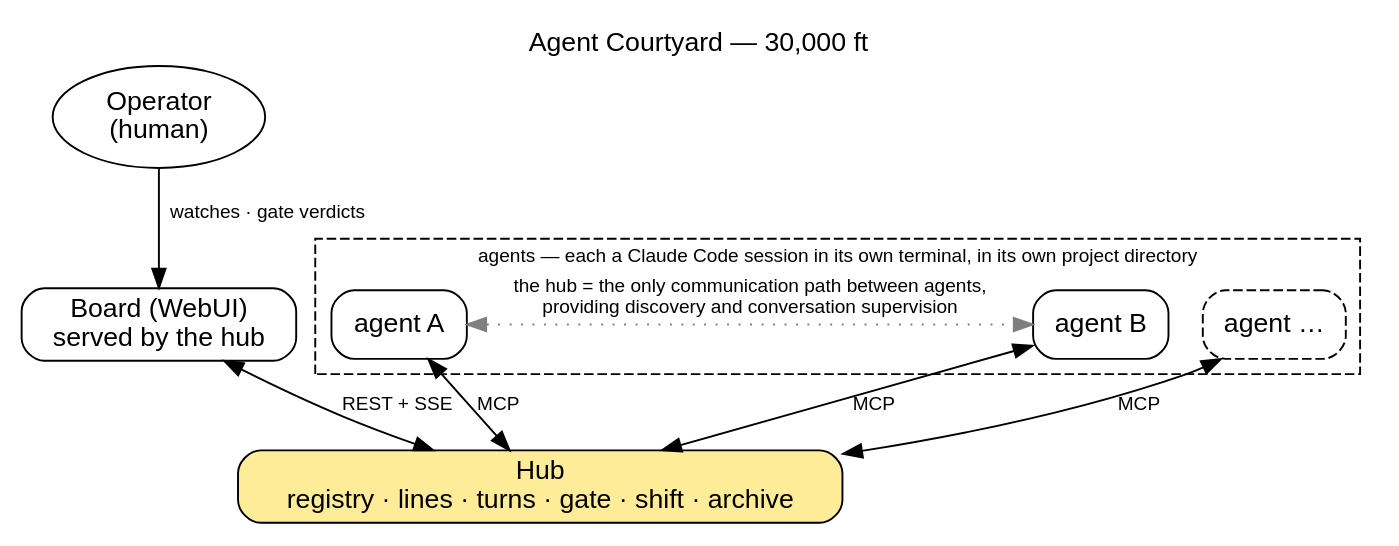
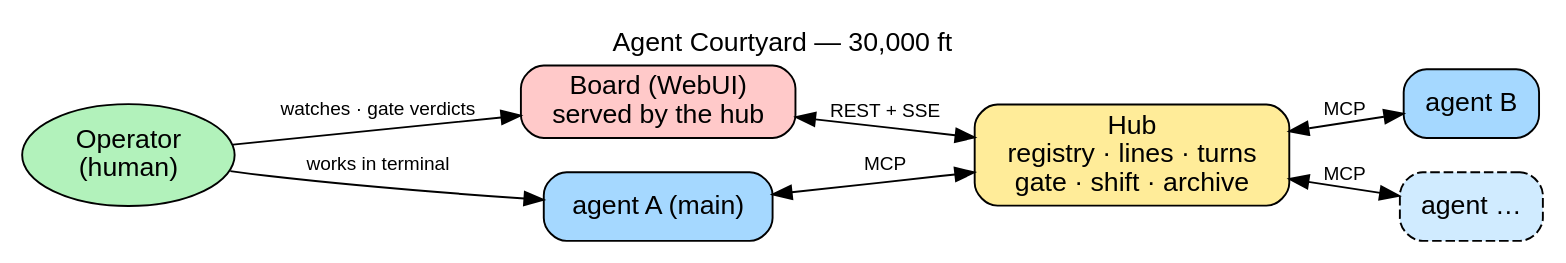
Before and after one commit to vkuusk/cbx-agent-courtyard: the diagram in docs/diagrams/courtyard-30k-view.dot, drawn with Graphviz. The commit also changed 4 other files, not shown here.

Commit message:
- update README goals-first intro (problem/value, terminal-first); 30k diagram: operator↔main-agent edge, LR spine layout.

```diff
--- a/docs/diagrams/courtyard-30k-view.dot
+++ b/docs/diagrams/courtyard-30k-view.dot
@@ -1,35 +1,36 @@
 // Agent Courtyard — 30,000 ft component view (discussion artifact).
-// Sister file: courtyard-30k-view.excalidraw (import at excalidraw.com for editing).
-// Render: dot -Tsvg courtyard-30k-view.dot -o courtyard-30k-view.svg
+// Source of truth for the picture: courtyard-30k-view.excalidraw (edited on
+// excalidraw.com); this DOT mirrors its layout for graph-based discussion.
+// Render: dot -Tsvg courtyard-30k-view.dot -o rendered.svg
+//
+// Legend (drawn as caption text in the excalidraw/PNG version):
+//   each agent = a Claude Code session in its own terminal, in its own project directory.
+//   the hub = the only communication path between agents providing discovery
+//             and conversation supervision.
 digraph courtyard_30k {
     label="Agent Courtyard — 30,000 ft";
     labelloc=t;
     fontname="Helvetica";
-    rankdir=TB;
+    rankdir=LR;
     node [fontname="Helvetica", shape=box, style=rounded];
     edge [fontname="Helvetica", fontsize=10];
 
-    operator [label="Operator\n(human)", shape=ellipse];
-    board    [label="Board (WebUI)\nserved by the hub"];
-    hub      [label="Hub\nregistry · lines · turns · gate · shift · archive",
+    // palette: green = the human · blue = agents · yellow = the hub · pink = the board
+    operator [label="Operator\n(human)", shape=ellipse, style=filled, fillcolor="#b2f2bb"];
+    board    [label="Board (WebUI)\nserved by the hub", style="rounded,filled", fillcolor="#ffc9c9"];
+    agent_a  [label="agent A (main)", style="rounded,filled", fillcolor="#a5d8ff"];
+    hub      [label="Hub\nregistry · lines · turns\ngate · shift · archive",
               style="rounded,filled", fillcolor="#ffec99"];
+    agent_b  [label="agent B", style="rounded,filled", fillcolor="#a5d8ff"];
+    agent_n  [label="agent …", style="rounded,dashed,filled", fillcolor="#d0ebff"];
 
-    subgraph cluster_agents {
-        label="agents — each a Claude Code session in its own terminal, in its own project directory";
-        fontsize=10;
-        style=dashed;
-        agent_a [label="agent A"];
-        agent_b [label="agent B"];
-        agent_n [label="agent …", style="rounded,dashed"];
-    }
+    // the spine: the operator's day-to-day path, left to right
+    operator -> agent_a [label="works in terminal"];
+    agent_a  -> hub     [dir=both, label="MCP"];
+    hub      -> agent_b [dir=both, label="MCP"];
+    hub      -> agent_n [dir=both, label="MCP"];
 
-    operator -> board  [label="watches · gate verdicts"];
-    board    -> hub    [dir=both, label="REST + SSE"];
-    agent_a  -> hub    [dir=both, label="MCP"];
-    agent_b  -> hub    [dir=both, label="MCP"];
-    agent_n  -> hub    [dir=both, label="MCP"];
-
-    // agents never talk directly: their "line" lives inside the hub
-    agent_a -> agent_b [dir=both, style=dotted, color=gray50, constraint=false,
-                        label="the hub = the only communication path between agents,\nproviding discovery and conversation supervision"];
+    // the supervision layer, arched above the spine
+    operator -> board   [label="watches · gate verdicts"];
+    board    -> hub     [dir=both, label="REST + SSE"];
 }
```
